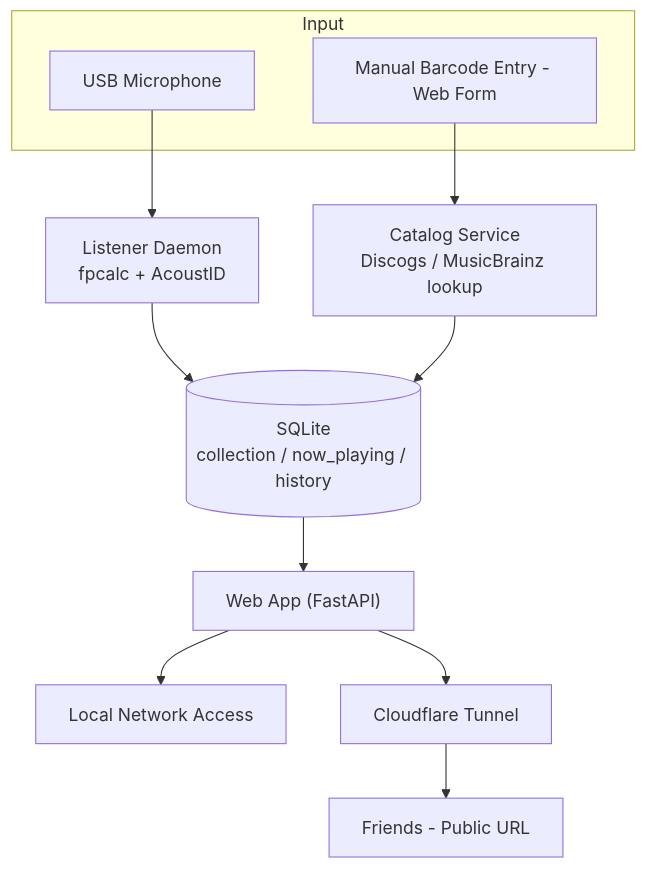
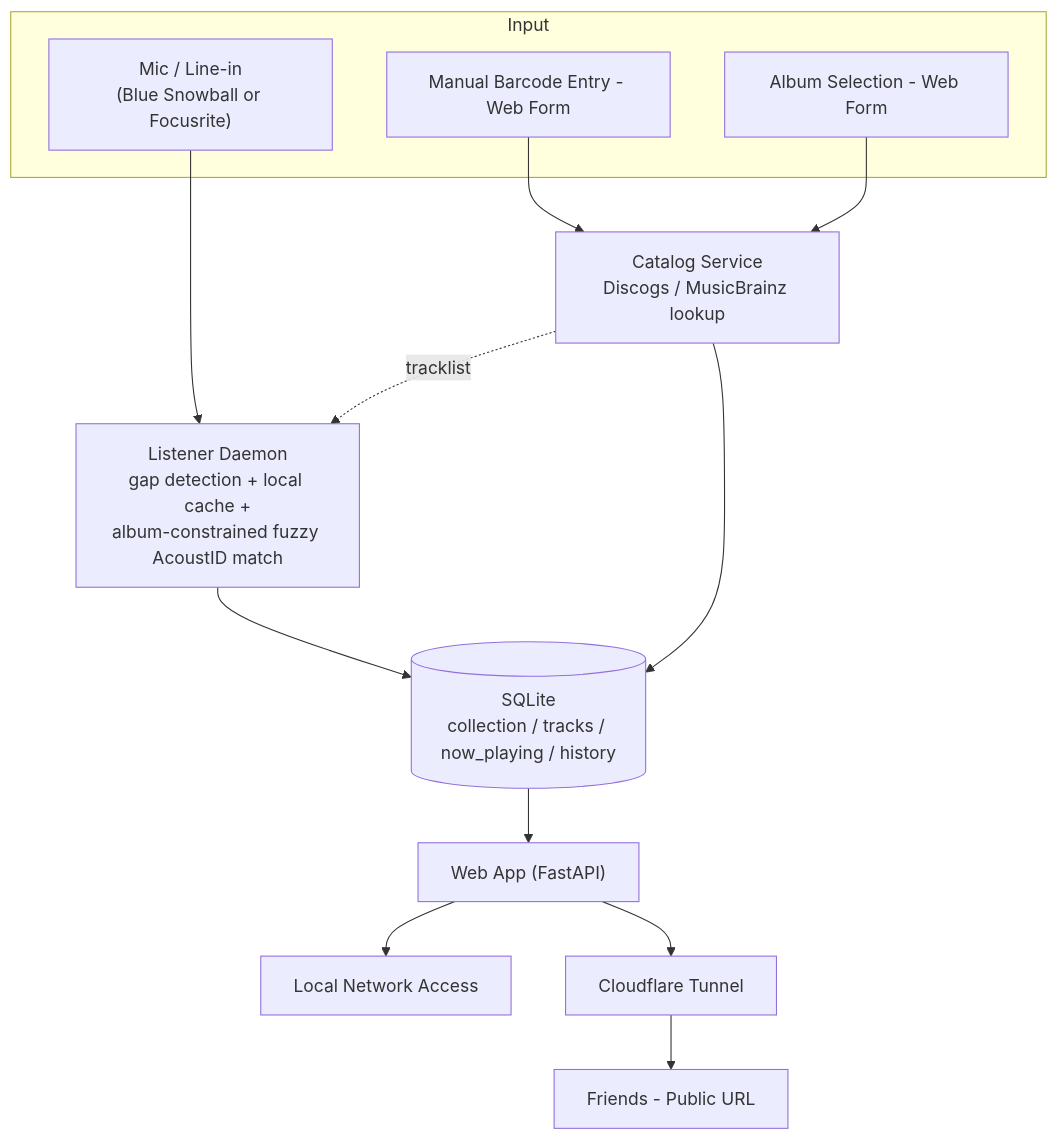
One commit to MalcoSalcedo/physical-media-tracker changed the diagram in README.md. Above: the diagram before and after it, drawn with Mermaid. The commit also changed other lines of this file and 2 other files, not shown here.

````diff
--- a/README.md
+++ b/README.md
@@ -17,19 +17,23 @@
 ```mermaid
 flowchart TB
     subgraph Input
-        MIC[USB Microphone]
+        MIC["Mic / Line-in<br/>(Blue Snowball or Focusrite)"]
         MANUAL[Manual Barcode Entry - Web Form]
+        SELECT["Album Selection - Web Form"]
     end
 
-    MIC --> LISTENER["Listener Daemon<br/>fpcalc + AcoustID"]
     MANUAL --> CATALOG["Catalog Service<br/>Discogs / MusicBrainz lookup"]
+    SELECT --> CATALOG
 
-    LISTENER --> DB[("SQLite<br/>collection / now_playing / history")]
+    MIC --> LISTENER["Listener Daemon<br/>gap detection + local cache +<br/>album-constrained fuzzy AcoustID match"]
+    CATALOG -.tracklist.-> LISTENER
+
+    LISTENER --> DB[("SQLite<br/>collection / tracks / now_playing / history")]
     CATALOG --> DB
 
     DB --> WEBAPP["Web App (FastAPI)"]
 
     WEBAPP --> LAN[Local Network Access]
     WEBAPP --> TUNNEL[Cloudflare Tunnel]
     TUNNEL --> FRIENDS[Friends - Public URL]
 ```
````
